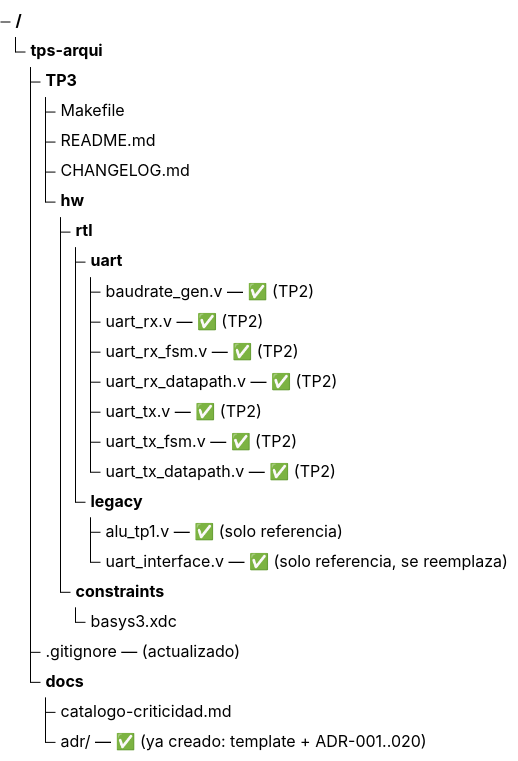
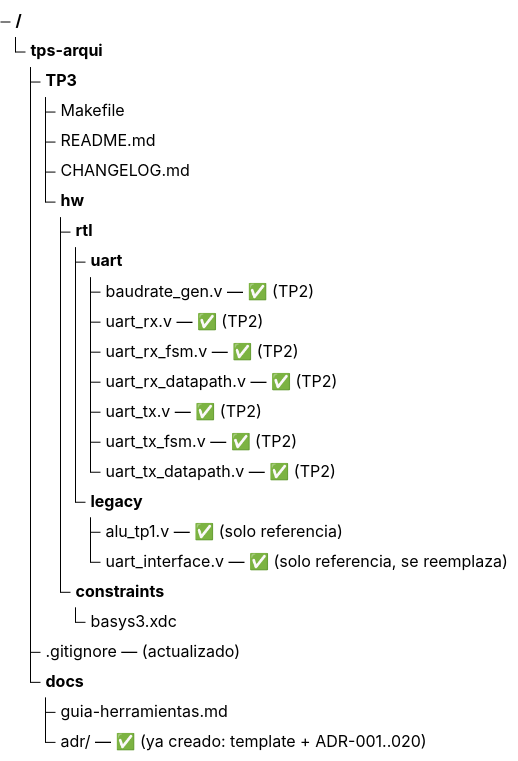
The third of 47 diagrams in docs/PRD-pipeline-riscv.md (nicopinera/tps-arqui), drawn with Mermaid before and after one commit. The commit also changed other lines of this file and 8 other files, not shown here.

````diff
--- a/docs/PRD-pipeline-riscv.md
+++ b/docs/PRD-pipeline-riscv.md
@@ -474,27 +474,27 @@
 ```mermaid
 treeView-beta
     "tps-arqui/"
         "TP3/"
             "Makefile"
             "README.md"
             "CHANGELOG.md"
             "hw/"
                 "rtl/"
                     "uart/"
                         "baudrate_gen.v — ✅ (TP2)"
                         "uart_rx.v — ✅ (TP2)"
                         "uart_rx_fsm.v — ✅ (TP2)"
                         "uart_rx_datapath.v — ✅ (TP2)"
                         "uart_tx.v — ✅ (TP2)"
                         "uart_tx_fsm.v — ✅ (TP2)"
                         "uart_tx_datapath.v — ✅ (TP2)"
                     "legacy/"
                         "alu_tp1.v — ✅ (solo referencia)"
                         "uart_interface.v — ✅ (solo referencia, se reemplaza)"
                 "constraints/"
                     "basys3.xdc"
         ".gitignore — (actualizado)"
         "docs/"
-            "catalogo-criticidad.md"
+            "guia-herramientas.md"
             "adr/ — ✅ (ya creado: template + ADR-001..020)"
 ```
````
